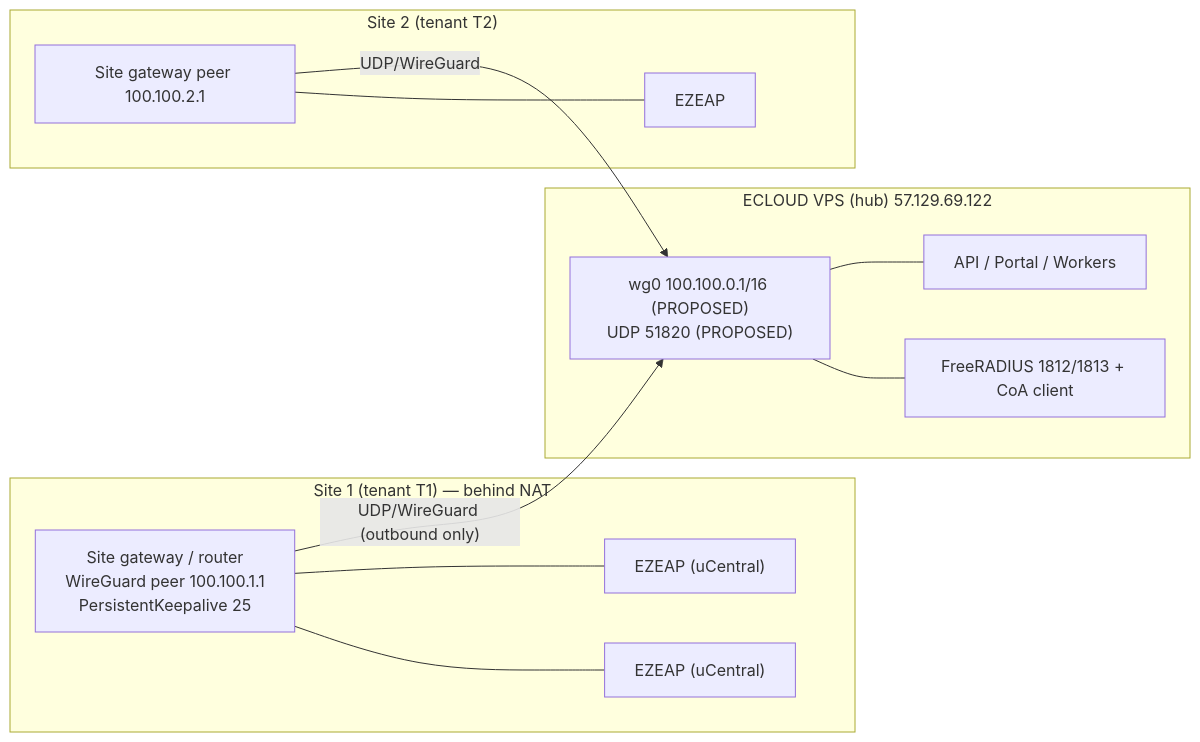
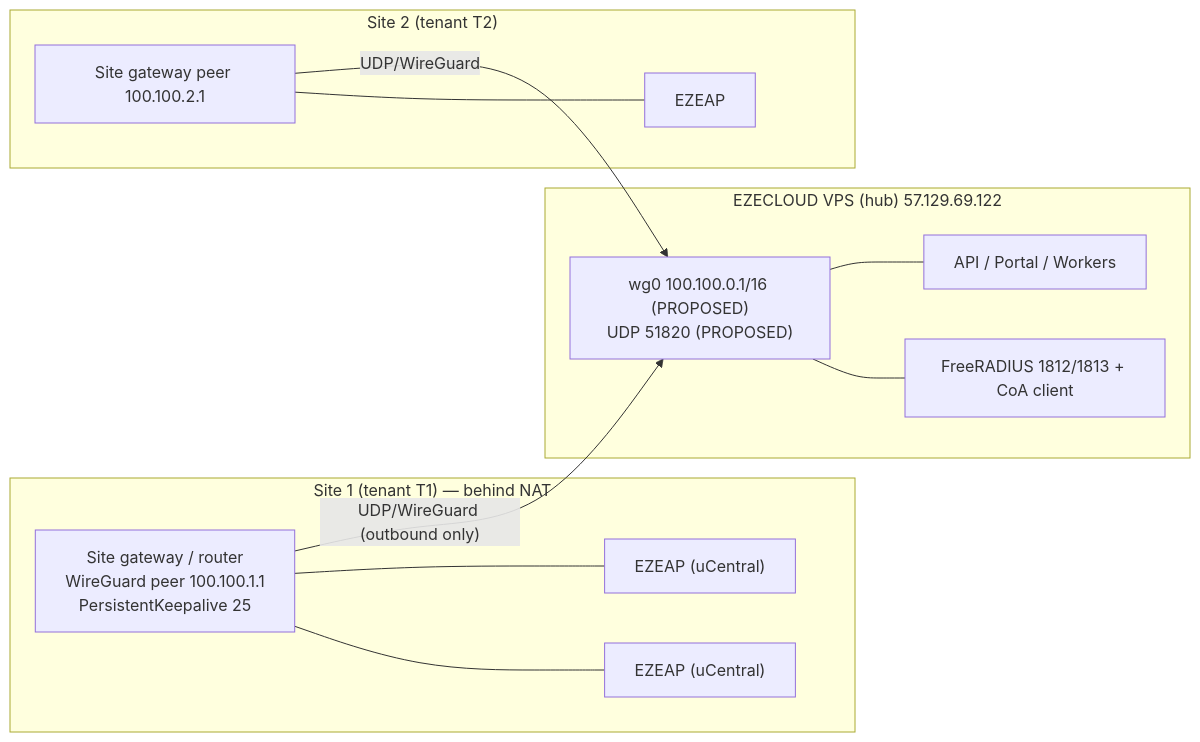
One commit to dannymagat/ecloud changed the first of 5 diagrams in WIREGUARD_ARCHITECTURE.md. Above: the diagram before and after it, drawn with Mermaid. The commit also changed other lines of this file and 211 other files, not shown here.

First line of the commit message:
Rename product name ECLOUD to EZECLOUD in text, UI and docs

````diff
--- a/WIREGUARD_ARCHITECTURE.md
+++ b/WIREGUARD_ARCHITECTURE.md
@@ -105,24 +105,24 @@
 ```mermaid
 flowchart LR
-  subgraph VPS["ECLOUD VPS (hub) 57.129.69.122"]
+  subgraph VPS["EZECLOUD VPS (hub) 57.129.69.122"]
     WG0["wg0 100.100.0.1/16 (PROPOSED)\nUDP 51820 (PROPOSED)"]
     FR["FreeRADIUS 1812/1813 + CoA client"]
     API["API / Portal / Workers"]
     WG0 --- FR
     WG0 --- API
   end
   subgraph S1["Site 1 (tenant T1) — behind NAT"]
     GW1["Site gateway / router\nWireGuard peer 100.100.1.1\nPersistentKeepalive 25"]
     AP1a["EZEAP (uCentral)"]
     AP1b["EZEAP (uCentral)"]
     GW1 --- AP1a
     GW1 --- AP1b
   end
   subgraph S2["Site 2 (tenant T2)"]
     GW2["Site gateway peer 100.100.2.1"]
     AP2["EZEAP"]
     GW2 --- AP2
   end
   GW1 -- "UDP/WireGuard (outbound only)" --> WG0
   GW2 -- "UDP/WireGuard" --> WG0
 ```
````
